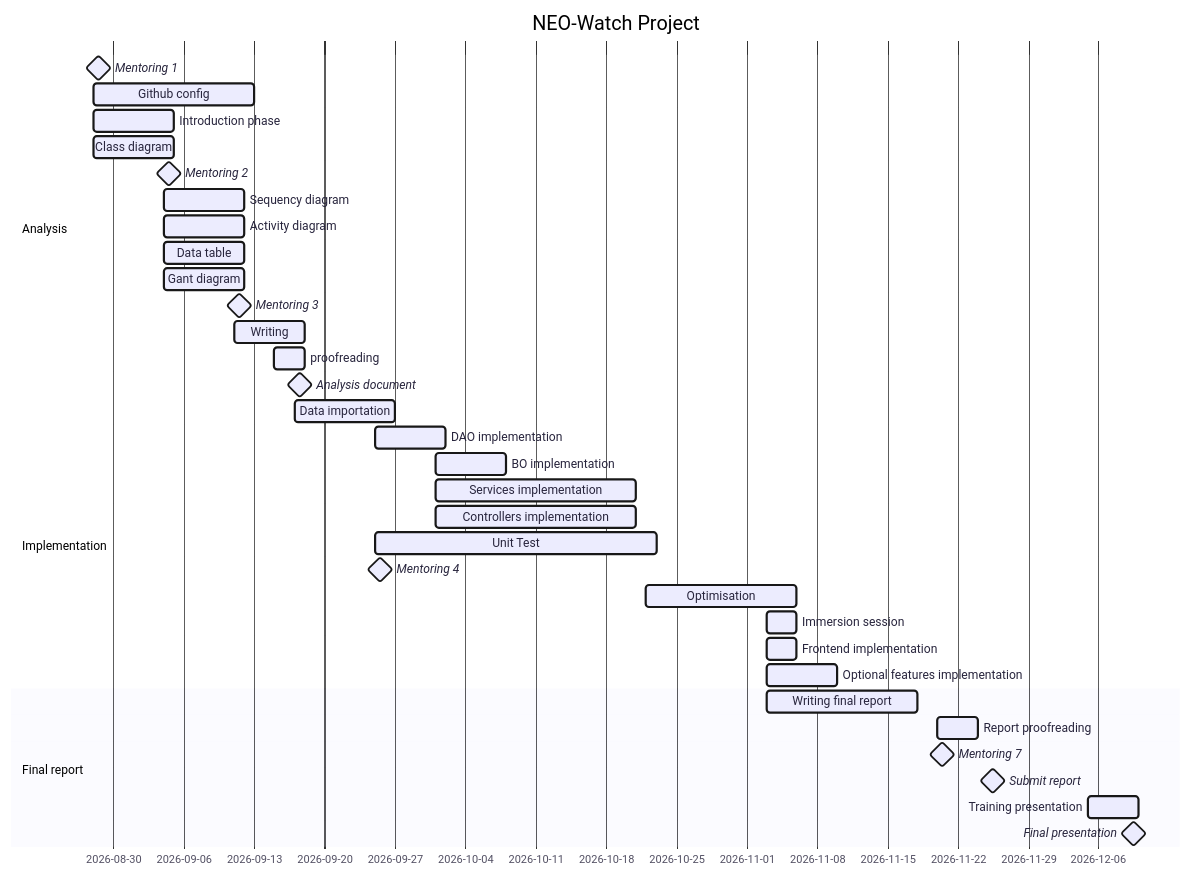
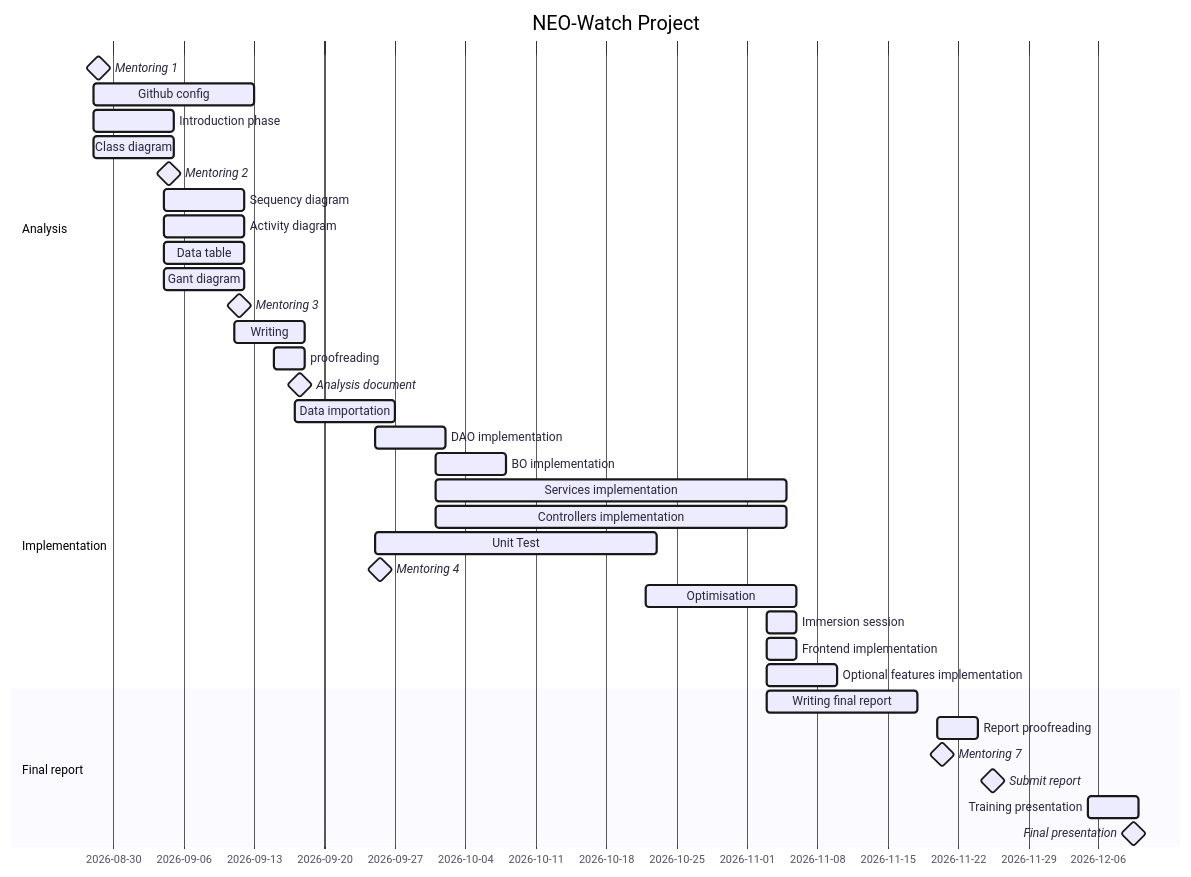
One commit to Yazaaaaaa/ensai-it-project-2a-team2 changed the diagram in doc/diagram/gantt_diagramal_vfinal.md. Above: the diagram before and after it, drawn with Mermaid.

Commit message:
Extend implementation duration for services and controllers

````diff
--- a/doc/diagram/gantt_diagramal_vfinal.md
+++ b/doc/diagram/gantt_diagramal_vfinal.md
@@ -1,42 +1,42 @@
 ```mermaid
 ---
 config:
   theme: redux
 ---
 gantt
     title NEO-Watch Project
     dateFormat YYYY-MM-DD
     section Analysis
         Mentoring 1        :milestone, 2026-08-28, 1d
         Github config      :2026-08-28, 16d
         Introduction phase :2026-08-28, 8d
         Class diagram      :2026-08-28, 8d
         Mentoring 2        :milestone, 2026-09-04, 1d
         Sequency diagram   :2026-09-04, 8d
         Activity diagram   :2026-09-04, 8d
         Data table         :2026-09-04, 8d
         Gant diagram       :2026-09-04, 8d
         Mentoring 3        :milestone, 2026-09-11, 1d
         Writing            :2026-09-11, 7d
         proofreading       :2026-09-15, 3d
         Analysis document  :milestone, 2026-09-17, 1d
     section Implementation
         Data importation   :2026-09-17, 10d
         DAO implementation :2026-09-25, 7d
         BO implementation  :2026-10-01, 7d
-        Services implementation: 2026-10-01, 20d
-        Controllers implementation: 2026-10-01, 20d
+        Services implementation: 2026-10-01, 35d
+        Controllers implementation: 2026-10-01, 35d
         Unit Test          :2026-09-25, 28d
         Mentoring 4        :milestone, 2026-09-25, 1d
         Optimisation       :2026-10-22, 15d
         Immersion session  :2026-11-03, 3d
         Frontend implementation : 2026-11-03, 3d
         Optional features implementation : 2026-11-03, 7d
     section Final report
         Writing final report :2026-11-03, 15d
         Report proofreading  :2026-11-20, 4d
         Mentoring 7        :milestone, 2026-11-20, 1d
         Submit report   :milestone, 2026-11-25, 1d
         Training presentation :2026-12-05, 5d
         Final presentation :milestone, 2026-12-09, 1d
 ```
````
